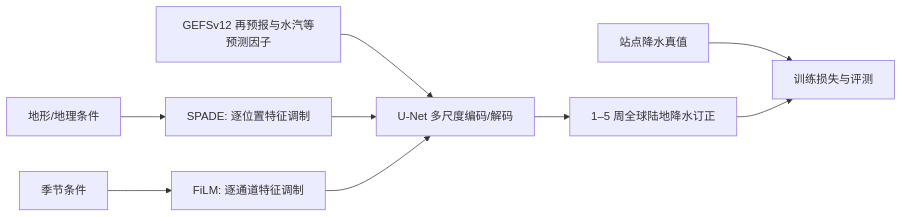
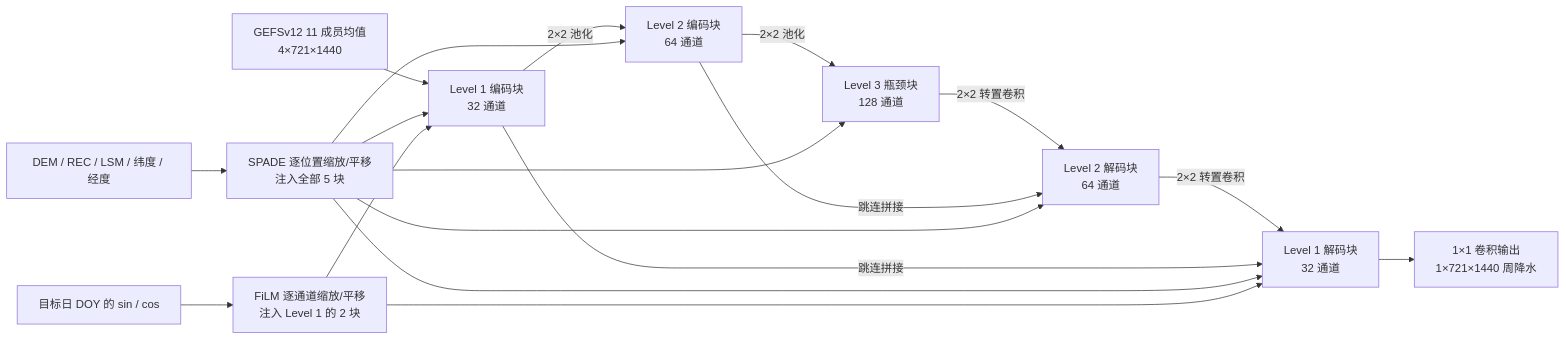
Before and after one commit to morestart/weather-dl-paper-notes: the diagram in notes/s2s/11-rest.md, drawn with Mermaid. The commit also changed other lines of this file and 2 other files, not shown here.

````diff
--- a/notes/s2s/11-rest.md
+++ b/notes/s2s/11-rest.md
@@ -13,11 +13,20 @@
 ```mermaid
 flowchart LR
-  G[GEFSv12 再预报与水汽等预测因子] --> U[U-Net 多尺度编码/解码]
-  T[地形/地理条件] --> S[SPADE: 逐位置特征调制]
-  C[季节条件] --> F[FiLM: 逐通道特征调制]
-  S --> U
-  F --> U
-  U --> P[1–5 周全球陆地降水订正]
-  O[站点降水真值] --> L[训练损失与评测]
-  P --> L
+  G[GEFSv12 11 成员均值<br/>4×721×1440] --> E1[Level 1 编码块<br/>32 通道]
+  E1 -->|2×2 池化| E2[Level 2 编码块<br/>64 通道]
+  E2 -->|2×2 池化| B[Level 3 瓶颈块<br/>128 通道]
+  B -->|2×2 转置卷积| D2[Level 2 解码块<br/>64 通道]
+  E2 -->|跳连拼接| D2
+  D2 -->|2×2 转置卷积| D1[Level 1 解码块<br/>32 通道]
+  E1 -->|跳连拼接| D1
+  D1 --> P[1×1 卷积输出<br/>1×721×1440 周降水]
+  T[DEM / REC / LSM / 纬度 / 经度] --> S[SPADE 逐位置缩放/平移<br/>注入全部 5 块]
+  C[目标日 DOY 的 sin / cos] --> F[FiLM 逐通道缩放/平移<br/>注入 Level 1 的 2 块]
+  S --> E1
+  S --> E2
+  S --> B
+  S --> D2
+  S --> D1
+  F --> E1
+  F --> D1
 ```
````
